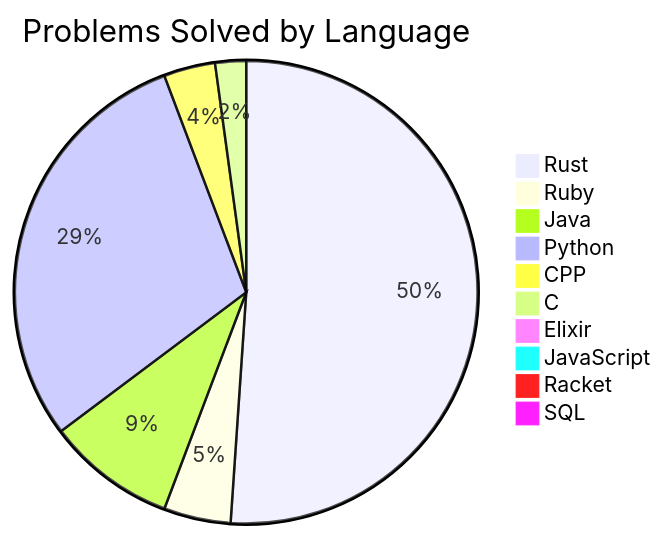
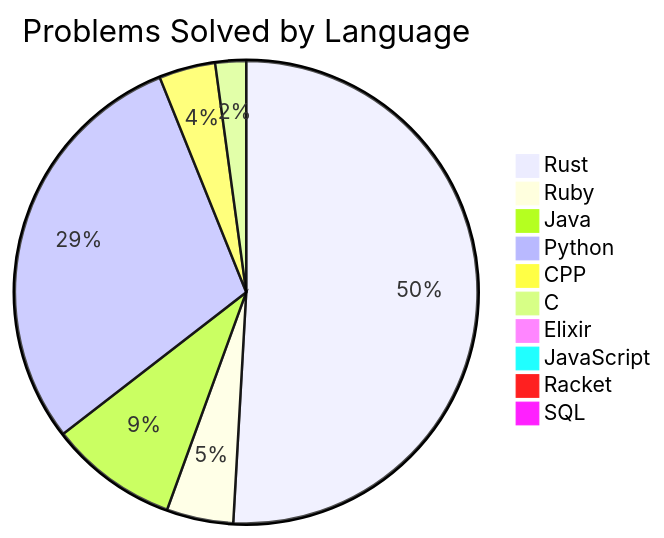
Before and after one commit to Liam-Wirth/leetcode-solutions: the second of 2 diagrams in README.md, drawn with Mermaid. The commit also changed other lines of this file and 6 other files, not shown here.

````diff
--- a/README.md
+++ b/README.md
@@ -46,13 +46,13 @@
 ```mermaid
 pie title Problems Solved by Language
     "Rust": 142
     "Ruby": 13
     "Java": 25
     "Python": 82
-    "CPP": 10
+    "CPP": 11
     "C": 6
     "Elixir": 2
     "JavaScript": 2
     "Racket": 1
     "SQL": 2
 ```
````
